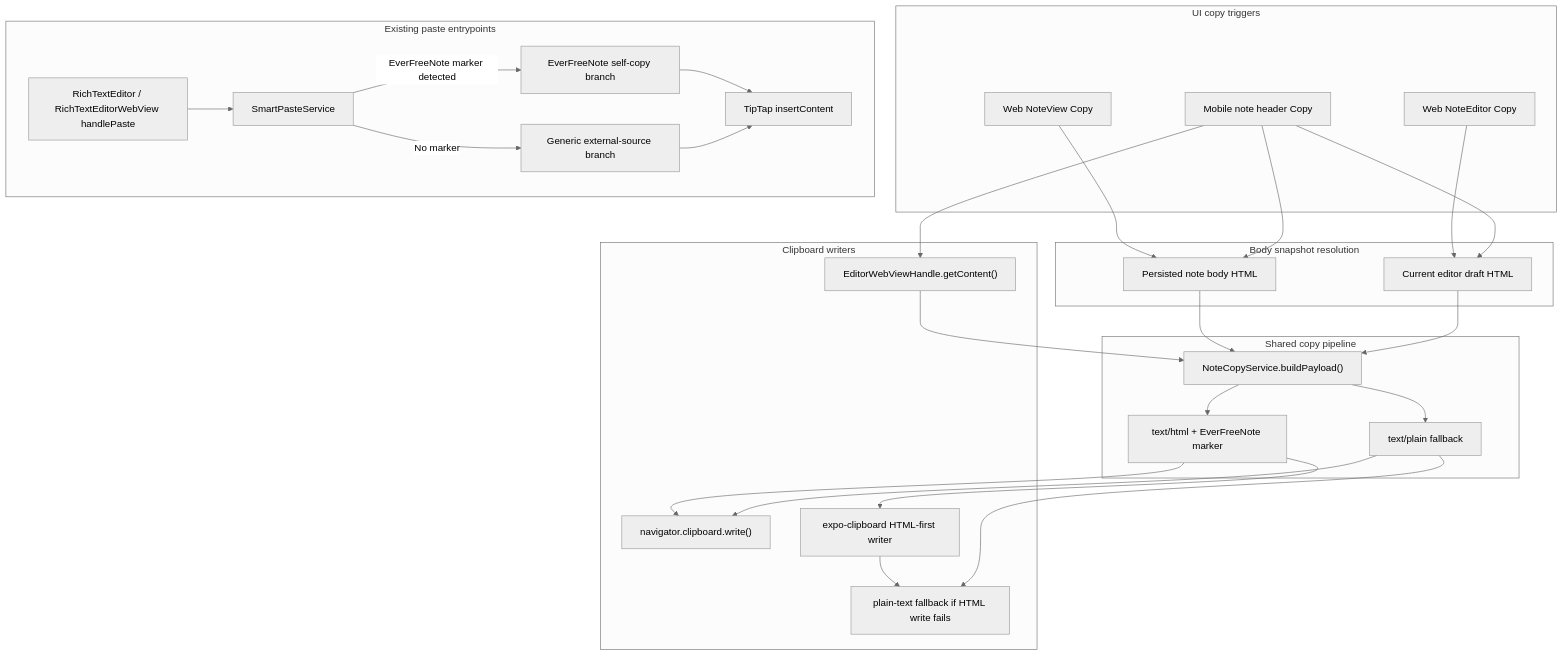
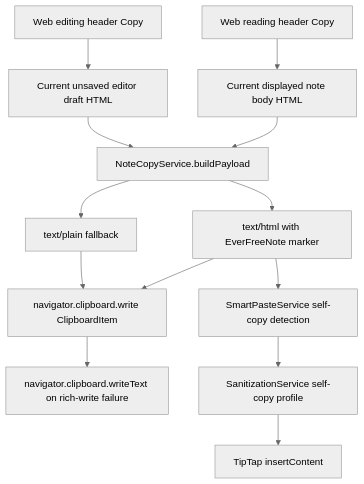
Before and after one commit to koreyba/EverFreeNote: the diagram in docs/ai/design/feature-note-copy-action.md, drawn with Mermaid (neutral theme). The commit also changed other lines of this file and 8 other files, not shown here.

Commit message:
Scope note copy action to web only

````diff
--- a/docs/ai/design/feature-note-copy-action.md
+++ b/docs/ai/design/feature-note-copy-action.md
@@ -17,55 +19,15 @@
 ```mermaid
 flowchart TD
-  subgraph CopyTriggers["UI copy triggers"]
-    WVRead["Web NoteView Copy"]
-    WVEdit["Web NoteEditor Copy"]
-    MHeader["Mobile note header Copy"]
-  end
-
-  subgraph Snapshot["Body snapshot resolution"]
-    ReadHtml["Persisted note body HTML"]
-    EditHtml["Current editor draft HTML"]
-  end
-
-  subgraph CopyCore["Shared copy pipeline"]
-    Builder["NoteCopyService.buildPayload()"]
-    Plain["text/plain fallback"]
-    Rich["text/html + EverFreeNote marker"]
-  end
-
-  subgraph Writers["Clipboard writers"]
-    WebWriter["navigator.clipboard.write()"]
-    MobileSnapshot["EditorWebViewHandle.getContent()"]
-    MobileWriter["expo-clipboard HTML-first writer"]
-    MobileFallback["plain-text fallback if HTML write fails"]
-  end
-
-  subgraph Paste["Existing paste entrypoints"]
-    WebPaste["RichTextEditor / RichTextEditorWebView handlePaste"]
-    SmartPaste["SmartPasteService"]
-    SelfCopy["EverFreeNote self-copy branch"]
-    Generic["Generic external-source branch"]
-    Insert["TipTap insertContent"]
-  end
-
-  WVRead --> ReadHtml
-  WVEdit --> EditHtml
-  MHeader --> EditHtml
-  MHeader --> ReadHtml
-  ReadHtml --> Builder
-  EditHtml --> Builder
-  Builder --> Plain
-  Builder --> Rich
-  Rich --> WebWriter
-  Plain --> WebWriter
-  MHeader --> MobileSnapshot
-  MobileSnapshot --> Builder
-  Rich --> MobileWriter
-  MobileWriter --> MobileFallback
-  Plain --> MobileFallback
-  WebPaste --> SmartPaste
-  SmartPaste -->|EverFreeNote marker detected| SelfCopy
-  SmartPaste -->|No marker| Generic
-  SelfCopy --> Insert
-  Generic --> Insert
+  ReadHeader["Web reading header Copy"] --> PersistedBody["Current displayed note body HTML"]
+  EditHeader["Web editing header Copy"] --> DraftBody["Current unsaved editor draft HTML"]
+  PersistedBody --> Builder["NoteCopyService.buildPayload"]
+  DraftBody --> Builder
+  Builder --> Rich["text/html with EverFreeNote marker"]
+  Builder --> Plain["text/plain fallback"]
+  Rich --> Clipboard["navigator.clipboard.write ClipboardItem"]
+  Plain --> Clipboard
+  Clipboard --> Fallback["navigator.clipboard.writeText on rich-write failure"]
+  Rich --> SmartPaste["SmartPasteService self-copy detection"]
+  SmartPaste --> InternalSanitizer["SanitizationService self-copy profile"]
+  InternalSanitizer --> Editor["TipTap insertContent"]
 ```
````
